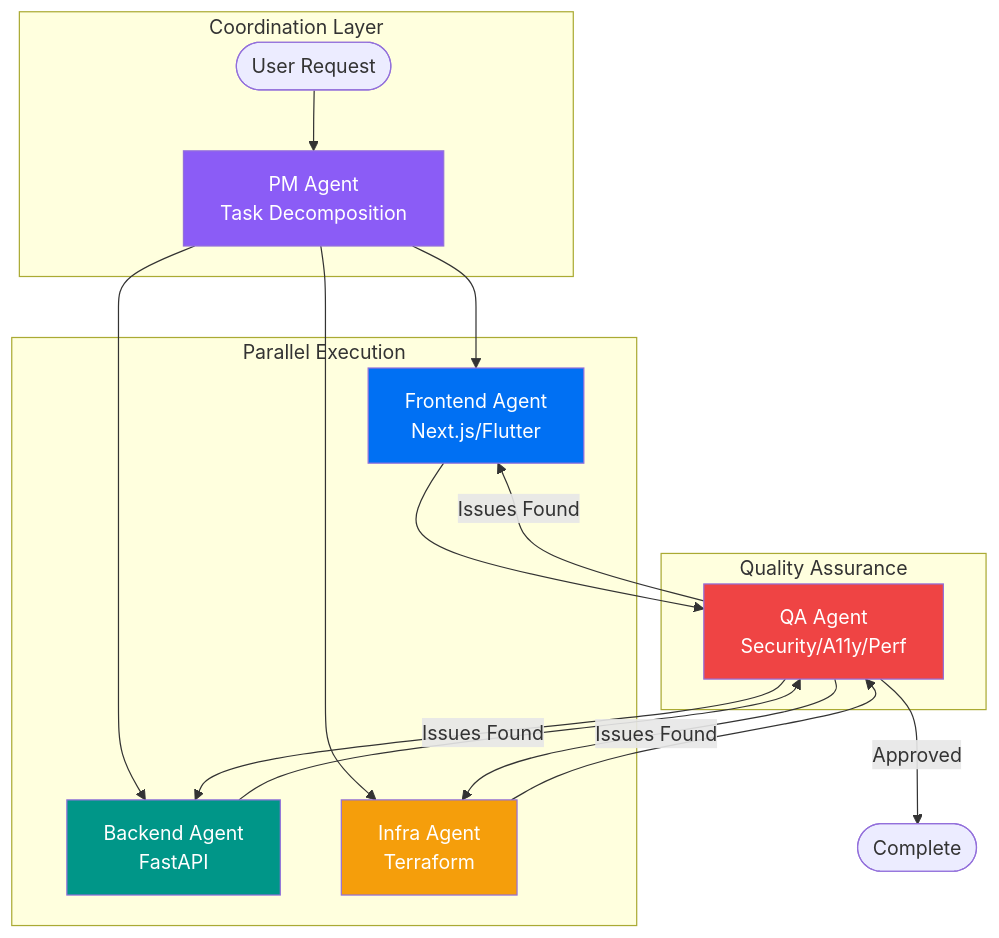
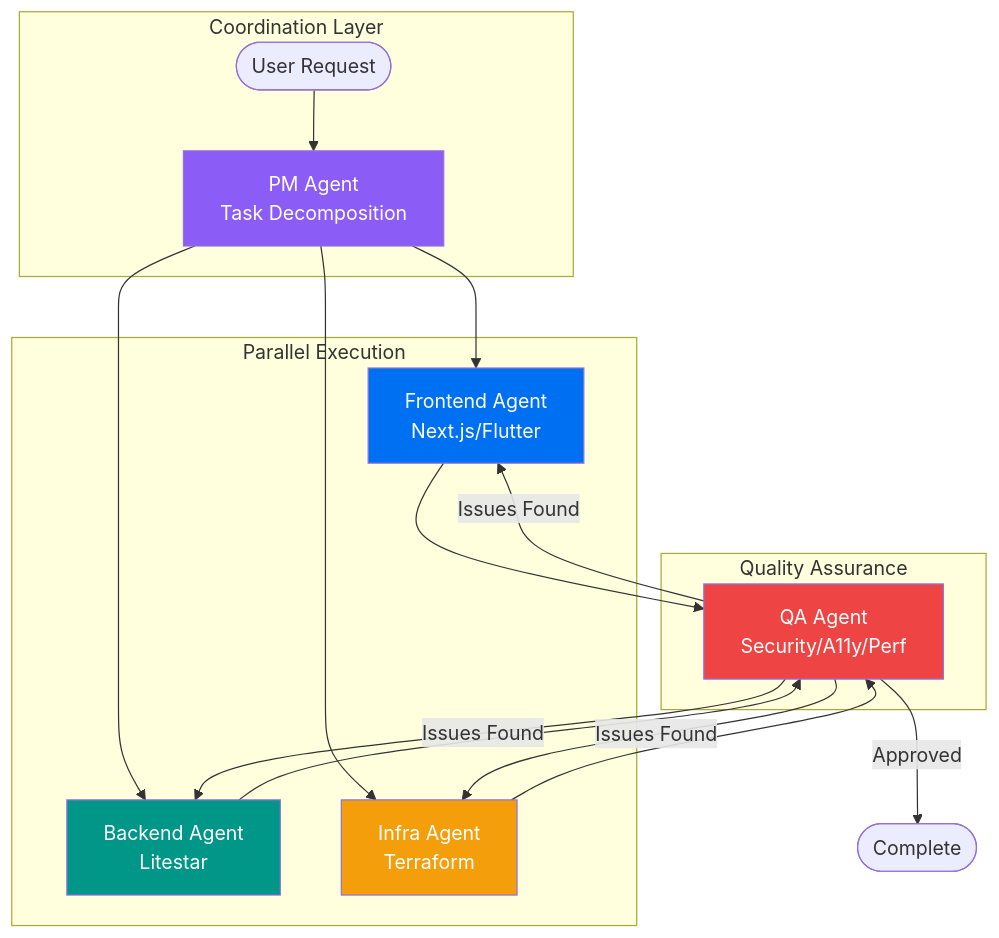
The second of 2 diagrams in README.md (first-fluke/fullstack-starter), drawn with Mermaid before and after one commit. The commit also changed other lines of this file and 60 other files, not shown here.

Commit message:
feat(api,worker): migrate from fastapi to litestar and msgspec

````diff
--- a/README.md
+++ b/README.md
@@ -83,29 +83,29 @@
 ```mermaid
 graph TB
     subgraph Coordination["Coordination Layer"]
         User([User Request])
         PM[PM Agent<br/>Task Decomposition]
     end
 
     subgraph Execution["Parallel Execution"]
         FE[Frontend Agent<br/>Next.js/Flutter]
-        BE[Backend Agent<br/>FastAPI]
+        BE[Backend Agent<br/>Litestar]
         Infra[Infra Agent<br/>Terraform]
     end
 
     subgraph Review["Quality Assurance"]
         QA[QA Agent<br/>Security/A11y/Perf]
     end
 
     User --> PM
     PM --> FE & BE & Infra
     FE & BE & Infra --> QA
     QA -->|Issues Found| FE & BE & Infra
     QA -->|Approved| Done([Complete])
 
     style PM fill:#8B5CF6,color:#fff
     style FE fill:#0070f3,color:#fff
     style BE fill:#009688,color:#fff
     style Infra fill:#F59E0B,color:#fff
     style QA fill:#EF4444,color:#fff
 ```
````
